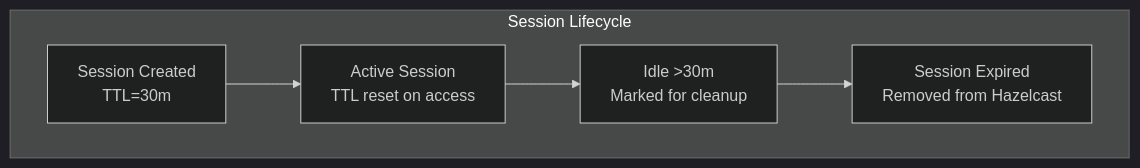
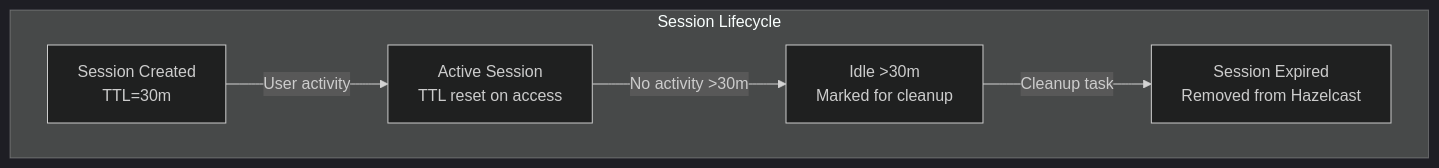
Before and after one commit to philipz/spring-modular-monolith: the sixth of 7 diagrams in docs/deepwiki/Session-Management-with-Hazelcast.md, drawn with Mermaid (dark theme). The commit also changed other lines of this file and 55 other files, not shown here.

````diff
--- a/docs/deepwiki/Session-Management-with-Hazelcast.md
+++ b/docs/deepwiki/Session-Management-with-Hazelcast.md
@@ -390,18 +390,18 @@
 ```mermaid
 flowchart TD
 
 Created["Session Created<br>TTL=30m"]
 Active["Active Session<br>TTL reset on access"]
 Idle["Idle >30m<br>Marked for cleanup"]
 Expired["Session Expired<br>Removed from Hazelcast"]
 
 subgraph subGraph0 ["Session Lifecycle"]
     Created
     Active
     Idle
     Expired
-    Created --> Active
-    Active --> Idle
-    Idle --> Expired
+    Created -->|"User activity"| Active
+    Active -->|"No activity >30m"| Idle
+    Idle -->|"Cleanup task"| Expired
 end
 ```
````
